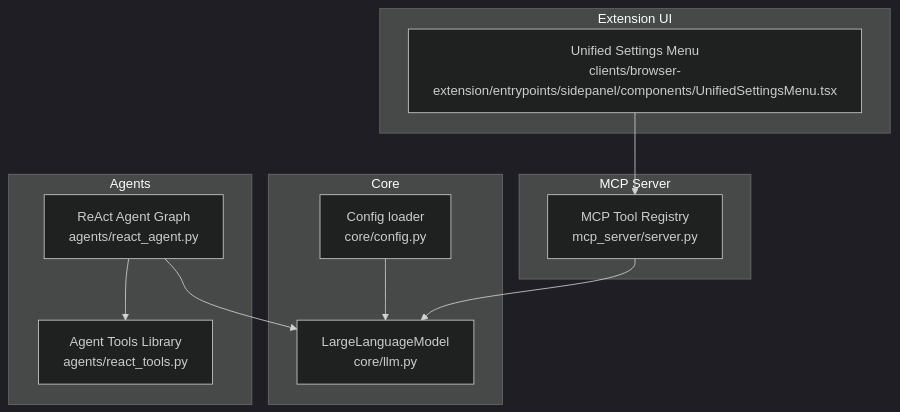
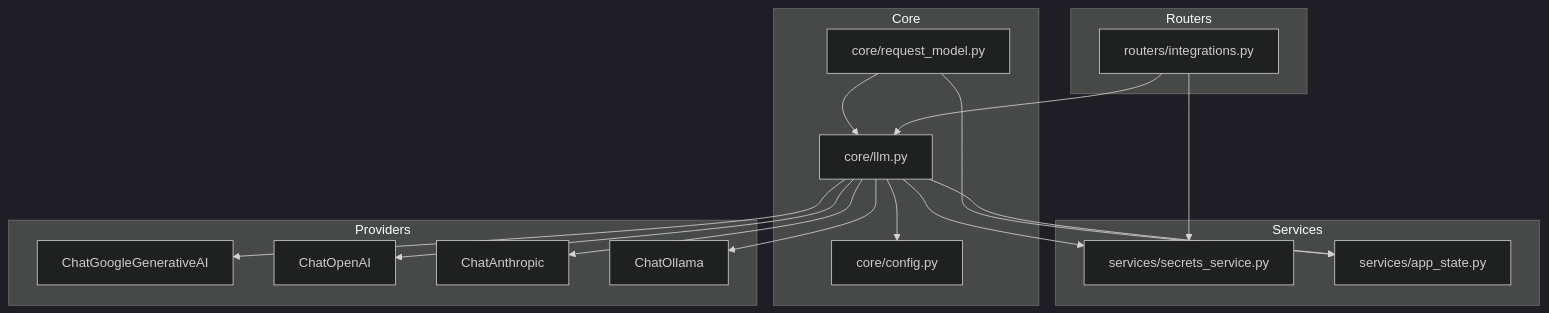
The first of 6 diagrams in src/data/docs/agentic-browser/AI Agent System/LLM Provider Abstraction.md (tashifkhan/tashif.codes), drawn with Mermaid (dark theme) before and after one commit. The commit also changed other lines of this file and 114 other files, not shown here.

````diff
--- a/src/data/docs/agentic-browser/AI Agent System/LLM Provider Abstraction.md
+++ b/src/data/docs/agentic-browser/AI Agent System/LLM Provider Abstraction.md
@@ -12,22 +14,32 @@
 ```mermaid
 graph TB
-subgraph "Core"
-LLM["LargeLanguageModel<br/>core/llm.py"]
-CFG["Config loader<br/>core/config.py"]
-end
-subgraph "MCP Server"
-MCP["MCP Tool Registry<br/>mcp_server/server.py"]
-end
-subgraph "Agents"
-REACT["ReAct Agent Graph<br/>agents/react_agent.py"]
-TOOLS["Agent Tools Library<br/>agents/react_tools.py"]
-end
-subgraph "Extension UI"
-UI["Unified Settings Menu<br/>clients/browser-extension/entrypoints/sidepanel/components/UnifiedSettingsMenu.tsx"]
-end
-CFG --> LLM
-MCP --> LLM
-REACT --> LLM
-REACT --> TOOLS
-UI --> MCP
+  subgraph Core
+    LLM["core/llm.py"]
+    CFG["core/config.py"]
+    RM["core/request_model.py"]
+  end
+  subgraph Services
+    SEC["services/secrets_service.py"]
+    APP["services/app_state.py"]
+  end
+  subgraph Routers
+    RI["routers/integrations.py"]
+  end
+  subgraph Providers
+    G["ChatGoogleGenerativeAI"]
+    O["ChatOpenAI"]
+    A["ChatAnthropic"]
+    L["ChatOllama"]
+  end
+  LLM --> CFG
+  LLM --> SEC
+  LLM --> APP
+  LLM --> G
+  LLM --> O
+  LLM --> A
+  LLM --> L
+  RI --> LLM
+  RI --> SEC
+  RM --> LLM
+  RM --> APP
 ```
````
